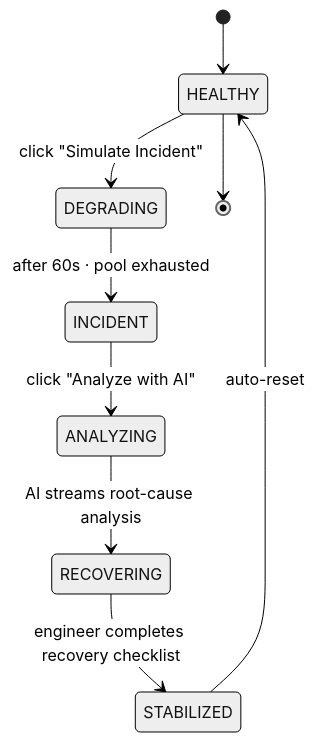
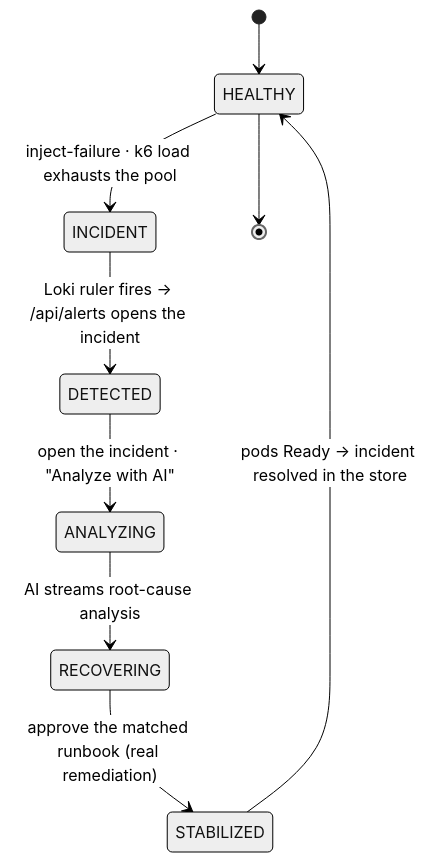
Before and after one commit to maheshshekhar/nova: the second of 2 diagrams in examples/kind-demo/README.md, drawn with Mermaid (neutral theme). The commit also changed other lines of this file and 97 other files, not shown here.

````diff
--- a/examples/kind-demo/README.md
+++ b/examples/kind-demo/README.md
@@ -266,11 +266,11 @@
 ```mermaid
 stateDiagram-v2
     [*] --> HEALTHY
-    HEALTHY --> DEGRADING: click "Simulate Incident"
-    DEGRADING --> INCIDENT: after 60s · pool exhausted
-    INCIDENT --> ANALYZING: click "Analyze with AI"
+    HEALTHY --> INCIDENT: inject-failure · k6 load exhausts the pool
+    INCIDENT --> DETECTED: Loki ruler fires → /api/alerts opens the incident
+    DETECTED --> ANALYZING: open the incident · "Analyze with AI"
     ANALYZING --> RECOVERING: AI streams root-cause analysis
-    RECOVERING --> STABILIZED: engineer completes recovery checklist
-    STABILIZED --> HEALTHY: auto-reset
+    RECOVERING --> STABILIZED: approve the matched runbook (real remediation)
+    STABILIZED --> HEALTHY: pods Ready → incident resolved in the store
     HEALTHY --> [*]
 ```
````
